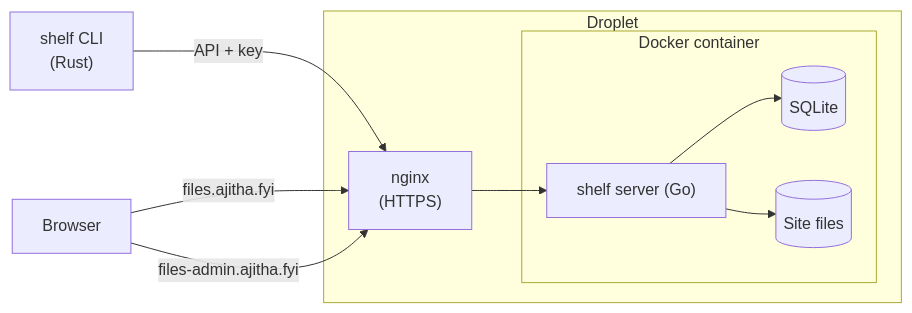
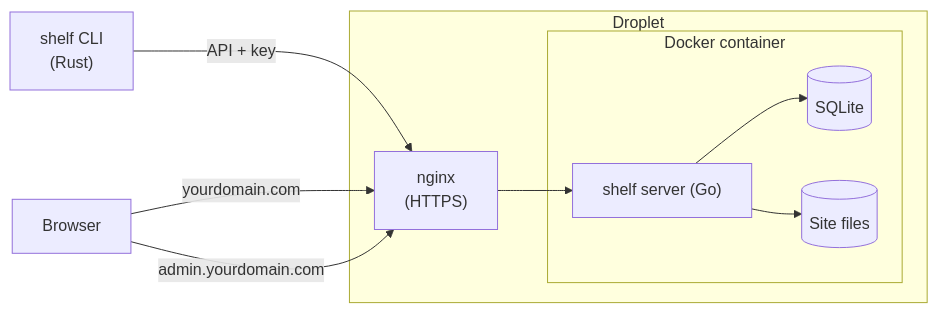
The diagram in README.md (kelpikz/shelf), drawn with Mermaid before and after one commit. The commit also changed other lines of this file, not shown here.

````diff
--- a/README.md
+++ b/README.md
@@ -40,21 +107,21 @@
 ```mermaid
 flowchart LR
     cli["shelf CLI<br/>(Rust)"]
     browser["Browser"]
 
     subgraph droplet["Droplet"]
         nginx["nginx<br/>(HTTPS)"]
         subgraph docker["Docker container"]
             server["shelf server (Go)"]
             db[("SQLite")]
             files[("Site files")]
         end
     end
 
     cli -- "API + key" --> nginx
-    browser -- "files.ajitha.fyi" --> nginx
-    browser -- "files-admin.ajitha.fyi" --> nginx
+    browser -- "yourdomain.com" --> nginx
+    browser -- "admin.yourdomain.com" --> nginx
     nginx --> server
     server --> db
     server --> files
 ```
````
